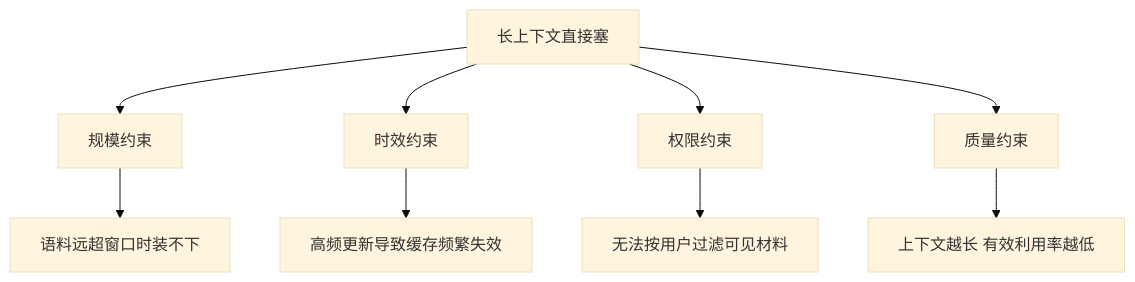
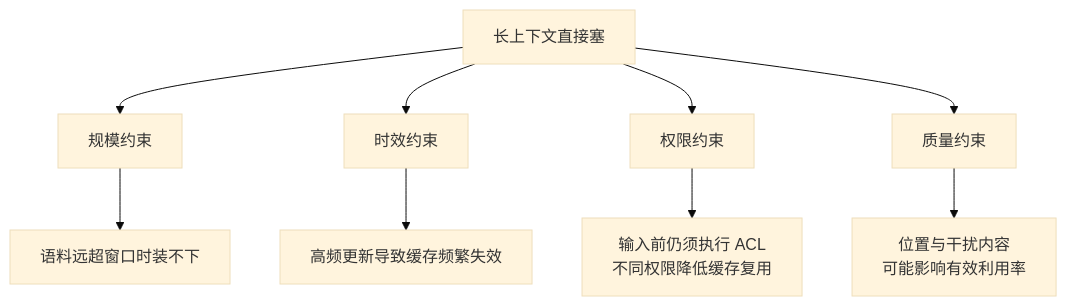
Before and after one commit to oneleaveknowsthefall/awesome-ai-roadmap: the second of 3 diagrams in docs/rag/01-foundations/02-rag-finetune-longcontext.md, drawn with Mermaid (base theme). The commit also changed other lines of this file and 61 other files, not shown here.

````diff
--- a/docs/rag/01-foundations/02-rag-finetune-longcontext.md
+++ b/docs/rag/01-foundations/02-rag-finetune-longcontext.md
@@ -82,12 +82,12 @@
 ```mermaid
 flowchart TB
     LC[长上下文直接塞] --> C1[规模约束]
     LC --> C2[时效约束]
     LC --> C3[权限约束]
     LC --> C4[质量约束]
 
     C1 --> D1[语料远超窗口时装不下]
     C2 --> D2[高频更新导致缓存频繁失效]
-    C3 --> D3[无法按用户过滤可见材料]
-    C4 --> D4[上下文越长 有效利用率越低]
+    C3 --> D3[输入前仍须执行 ACL<br/>不同权限降低缓存复用]
+    C4 --> D4[位置与干扰内容<br/>可能影响有效利用率]
 ```
````
